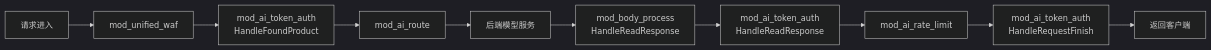
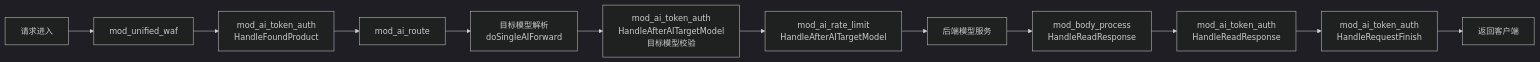
The first of 3 diagrams in implementation/chapter32-mod-ai-token-auth.md (mileszhang2016/rainway-book), drawn with Mermaid (dark theme) before and after one commit. The commit also changed other lines of this file and 55 other files, not shown here.

````diff
--- a/implementation/chapter32-mod-ai-token-auth.md
+++ b/implementation/chapter32-mod-ai-token-auth.md
@@ -62,12 +66,14 @@
 ```mermaid
 flowchart LR
     A[请求进入] --> B[mod_unified_waf]
     B --> C[mod_ai_token_auth<br/>HandleFoundProduct]
     C --> D[mod_ai_route]
-    D --> E[后端模型服务]
-    E --> F[mod_body_process<br/>HandleReadResponse]
-    F --> G[mod_ai_token_auth<br/>HandleReadResponse]
-    G --> H[mod_ai_rate_limit]
-    H --> I[mod_ai_token_auth<br/>HandleRequestFinish]
-    I --> J[返回客户端]
+    D --> E[目标模型解析<br/>doSingleAIForward]
+    E --> F[mod_ai_token_auth<br/>HandleAfterAITargetModel<br/>目标模型校验]
+    F --> G[mod_ai_rate_limit<br/>HandleAfterAITargetModel]
+    G --> H[后端模型服务]
+    H --> I[mod_body_process<br/>HandleReadResponse]
+    I --> J[mod_ai_token_auth<br/>HandleReadResponse]
+    J --> K[mod_ai_token_auth<br/>HandleRequestFinish]
+    K --> L[返回客户端]
 ```
````
